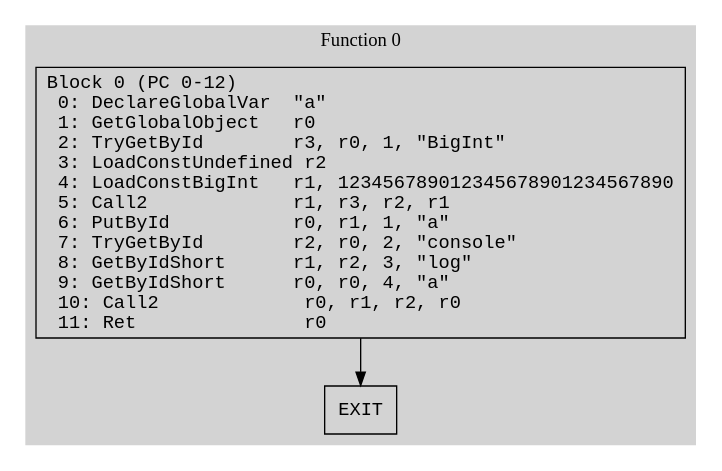
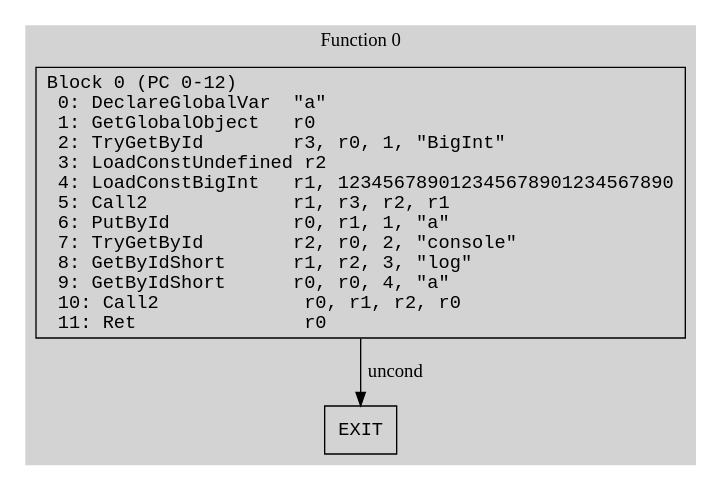
The diagram in data/bigints_v96.dot (kroo/hermes-dec-rs), drawn with Graphviz before and after one commit. The commit also changed 98 other files, not shown here.

```diff
--- a/data/bigints_v96.dot
+++ b/data/bigints_v96.dot
@@ -1,19 +1,19 @@
 // CFG analysis for bigints_v96
 // Generated from data/bigints_v96.hbc
 
 digraph {
   rankdir=TB;
   node [shape=box, fontname="monospace"];
 
   subgraph cluster_function_0 {
     label = "Function 0";
     style = filled;
     color = lightgrey;
 
     f0_n0 [ label = "Block 0 (PC 0-12)\l  0: DeclareGlobalVar  \"a\"\l  1: GetGlobalObject   r0\l  2: TryGetById        r3, r0, 1, \"BigInt\"\l  3: LoadConstUndefined r2\l  4: LoadConstBigInt   r1, 123456789012345678901234567890\l  5: Call2             r1, r3, r2, r1\l  6: PutById           r0, r1, 1, \"a\"\l  7: TryGetById        r2, r0, 2, \"console\"\l  8: GetByIdShort      r1, r2, 3, \"log\"\l  9: GetByIdShort      r0, r0, 4, \"a\"\l  10: Call2             r0, r1, r2, r0\l  11: Ret               r0\l" ]
     f0_n1 [ label = "EXIT" ]
 
-    f0_n0 -> f0_n1
+    f0_n0 -> f0_n1 [label="uncond"]
   }
 
 }
```
